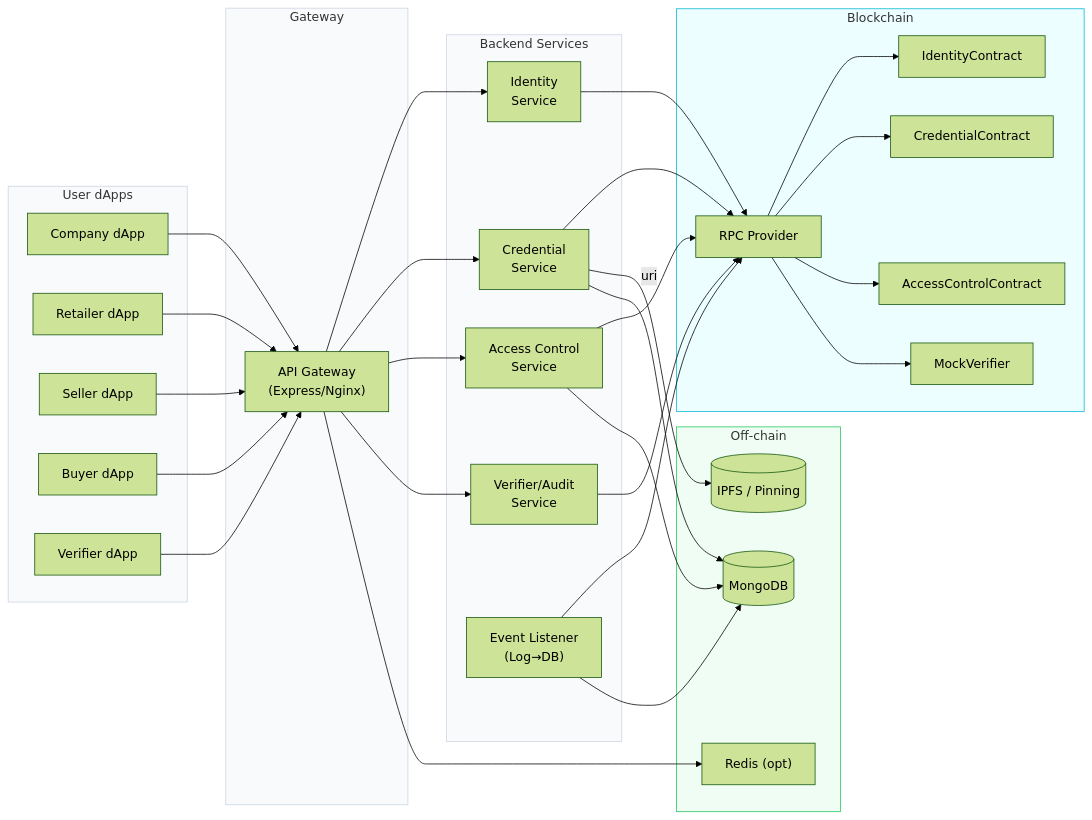
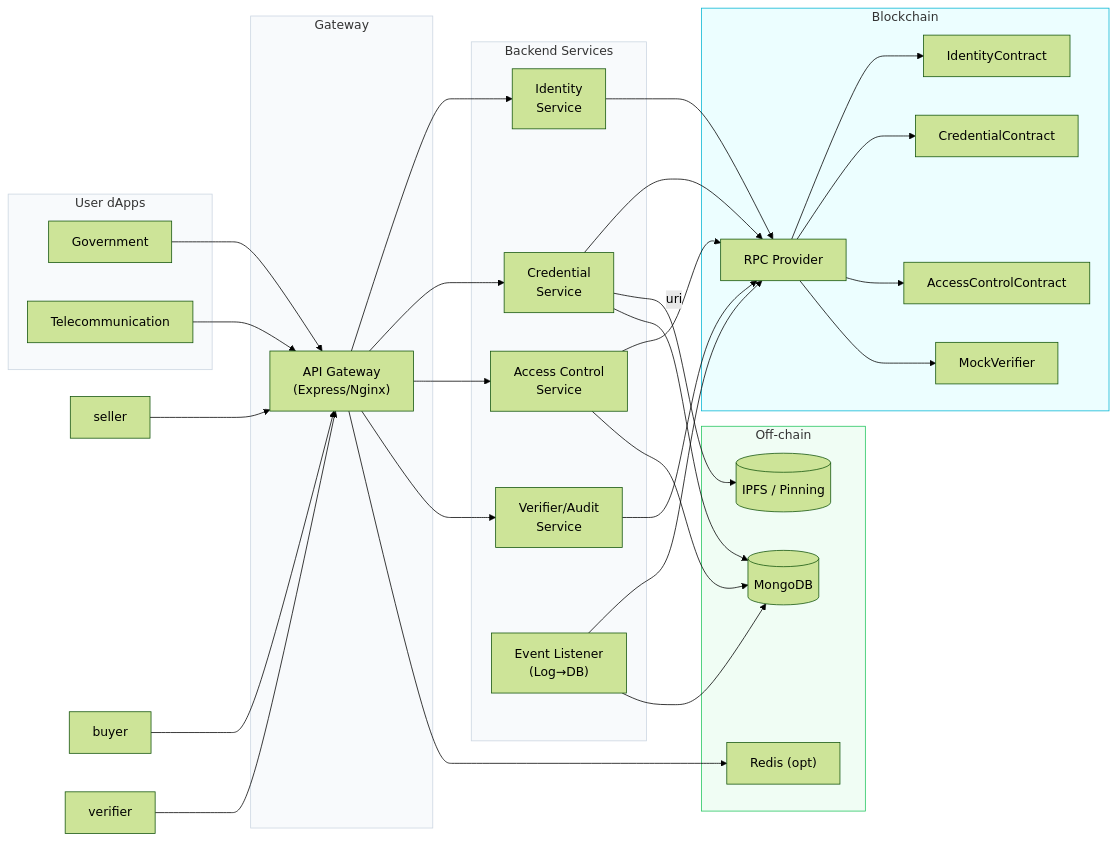
Before and after one commit to arburhan/ChainID: the diagram in NETWORK_DESIGN.md, drawn with Mermaid (forest theme). The commit also changed 14 other files, not shown here.

````diff
--- a/NETWORK_DESIGN.md
+++ b/NETWORK_DESIGN.md
@@ -5,77 +5,74 @@
 ```mermaid
 flowchart LR
   %% Layout: left→right, one straight column per layer to avoid line crossings
 
   subgraph U[User dApps]
-    company["Company dApp"]
-    retailer["Retailer dApp"]
-    seller["Seller dApp"]
-    buyer["Buyer dApp"]
-    verifier["Verifier dApp"]
+    company["Government"]
+    retailer["Telecommunication"]
   end
 
   subgraph G[Gateway]
     gw["API Gateway\n(Express/Nginx)"]
   end
 
   subgraph S[Backend Services]
     svcIdentity["Identity\nService"]
     svcCredential["Credential\nService"]
     svcAccess["Access Control\nService"]
     svcAudit["Verifier/Audit\nService"]
     evt["Event Listener\n(Log→DB)"]
   end
 
   subgraph B[Blockchain]
     rpc["RPC Provider"]
     accSC["AccessControlContract"]
     credSC["CredentialContract"]
     idSC["IdentityContract"]
     vSC["MockVerifier"]
   end
 
   subgraph O[Off-chain]
     db[("MongoDB")]
     ipfs[("IPFS / Pinning")] 
     cache["Redis (opt)"]
   end
 
   %% Straight fan-in/out
   company --> gw
   retailer --> gw
   seller --> gw
   buyer --> gw
   verifier --> gw
 
   gw --> svcIdentity
   gw --> svcCredential
   gw --> svcAccess
   gw --> svcAudit
 
   %% One hop from services to RPC, then fan to contracts to avoid crossings
   svcIdentity --> rpc
   svcCredential --> rpc
   svcAccess --> rpc
   svcAudit --> rpc
   evt --> rpc
 
   rpc --> idSC
   rpc --> credSC
   rpc --> accSC
   rpc --> vSC
 
   %% Off-chain IO
   svcCredential -- uri --> ipfs
   svcAccess --> db
   svcCredential --> db
   evt --> db
   gw --> cache
 
   %% Styling for readability
   classDef layer fill:#f8fafc,stroke:#cbd5e1,stroke-width:1px;
   classDef chain fill:#ecfeff,stroke:#06b6d4,stroke-width:1px;
   classDef off fill:#f0fdf4,stroke:#22c55e,stroke-width:1px;
   class U,G,S layer;
   class B chain;
   class O off;
 ```
````
